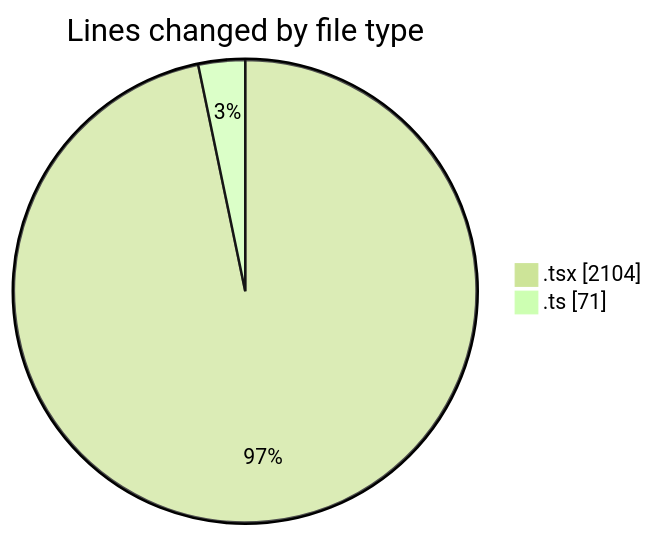
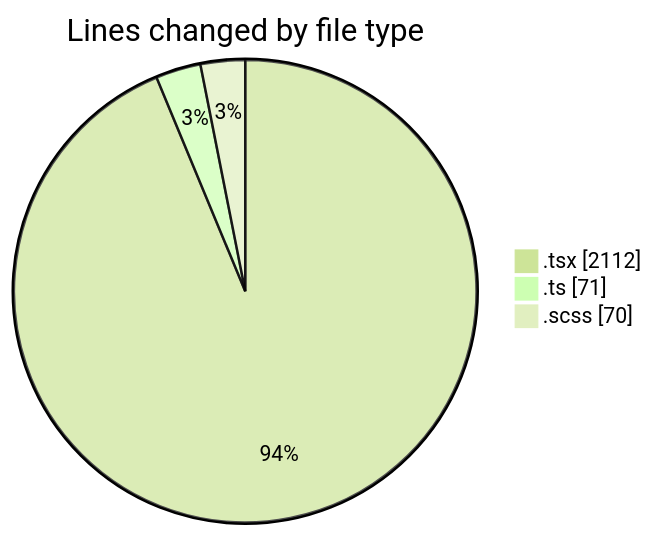
One commit to momahboobian/code-tracking changed the first of 2 diagrams in 2025-02-11/cda/README.md. Above: the diagram before and after it, drawn with Mermaid (forest theme). The commit also changed other lines of this file and 1 other file, not shown here.

````diff
--- a/2025-02-11/cda/README.md
+++ b/2025-02-11/cda/README.md
@@ -23,6 +24,7 @@
 ```mermaid
 pie showData
 title Lines changed by file type
-".tsx" : 2104
+".tsx" : 2112
 ".ts" : 71
+".scss" : 70
 ```
````
